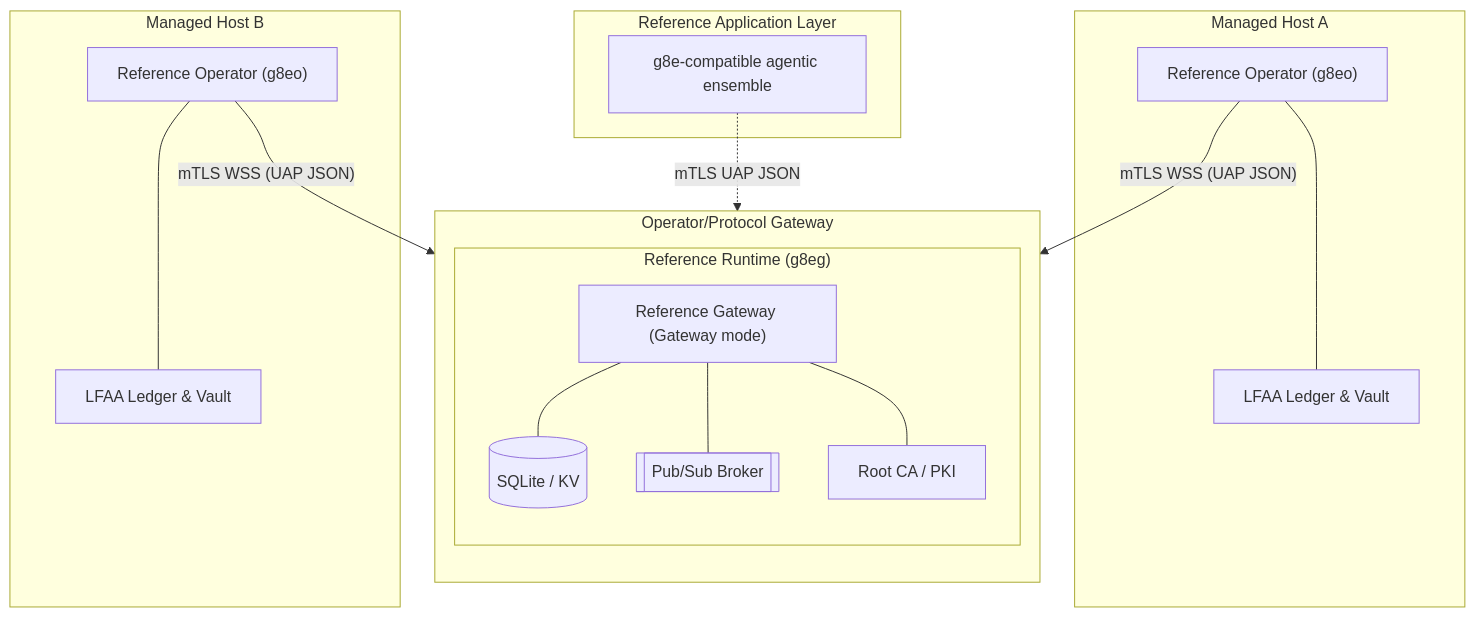
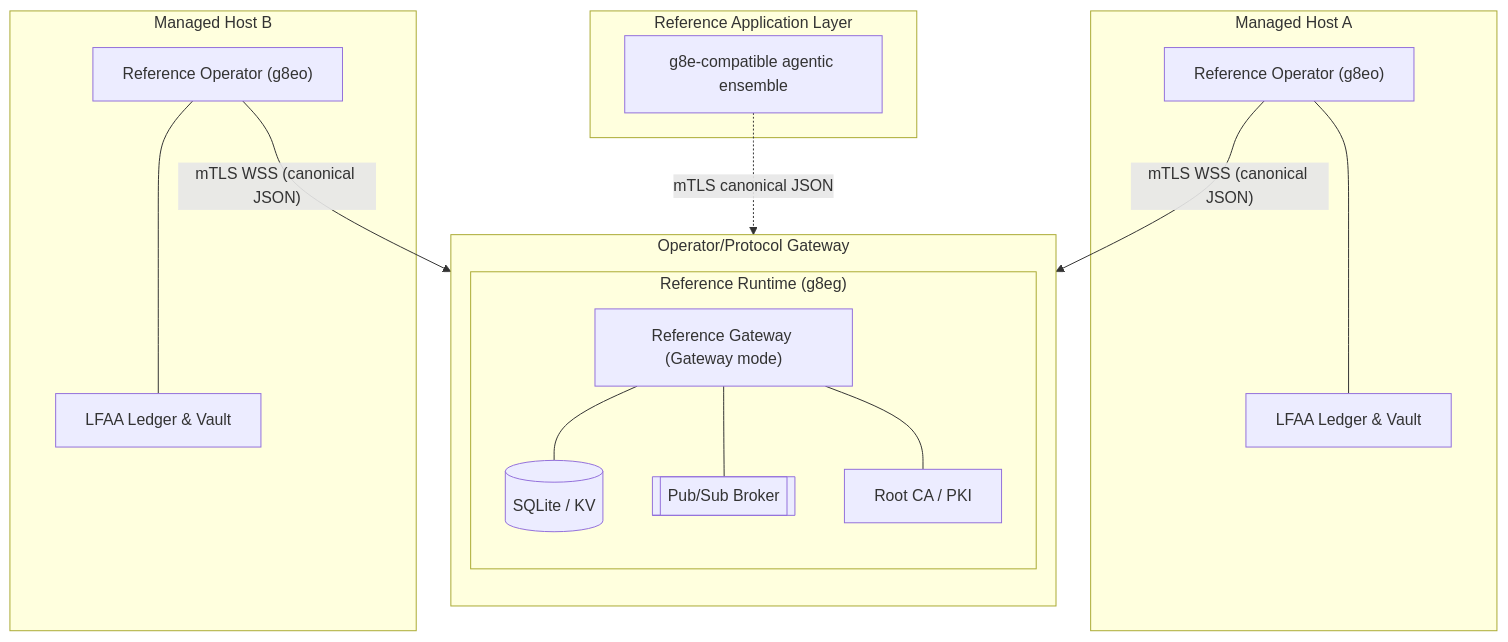
Before and after one commit to g8e-ai/g8e: the first of 2 diagrams in docs/concepts/g8eg.md, drawn with Mermaid. The commit also changed other lines of this file and 42 other files, not shown here.

````diff
--- a/docs/concepts/g8eg.md
+++ b/docs/concepts/g8eg.md
@@ -33,33 +33,33 @@
 ```mermaid
 flowchart TD
     subgraph Hub ["Operator/Protocol Gateway"]
         direction TB
         subgraph Persistence ["Reference Runtime (g8eg)"]
             listen["Reference Gateway (Gateway mode)"]
             db[("SQLite / KV")]
             ps[["Pub/Sub Broker"]]
             ca["Root CA / PKI"]
             
             listen --- db
             listen --- ps
             listen --- ca
         end
     end
 
     subgraph Apps ["Reference Application Layer"]
         ensemble["g8e-compatible agentic ensemble"]
     end
 
-    ensemble -. "mTLS UAP JSON" .-> listen
+    ensemble -. "mTLS canonical JSON" .-> listen
 
     subgraph EP_A ["Managed Host A"]
         g8eoA["Reference Operator (g8eo)"] --- LFAA_A["LFAA Ledger & Vault"]
     end
 
     subgraph EP_B ["Managed Host B"]
         g8eoB["Reference Operator (g8eo)"] --- LFAA_B["LFAA Ledger & Vault"]
     end
 
-    g8eoA -- "mTLS WSS (UAP JSON)" --> listen
-    g8eoB -- "mTLS WSS (UAP JSON)" --> listen
+    g8eoA -- "mTLS WSS (canonical JSON)" --> listen
+    g8eoB -- "mTLS WSS (canonical JSON)" --> listen
 ```
````
